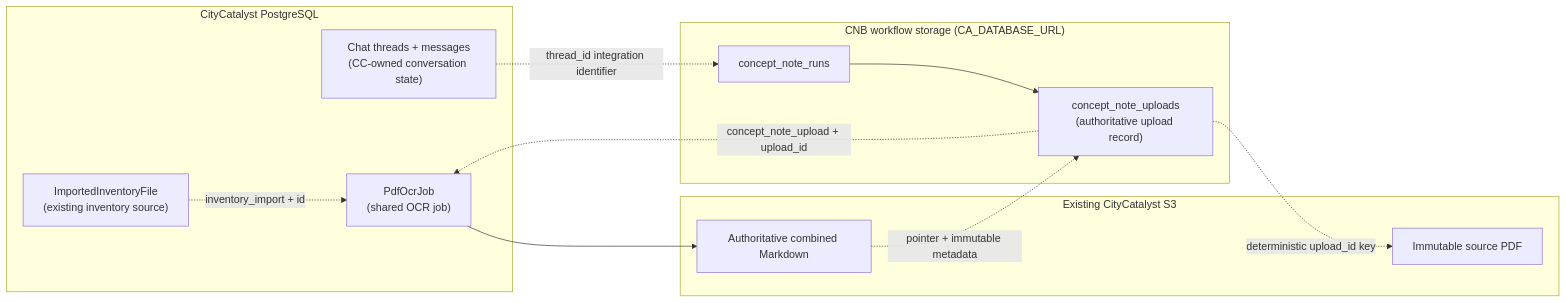
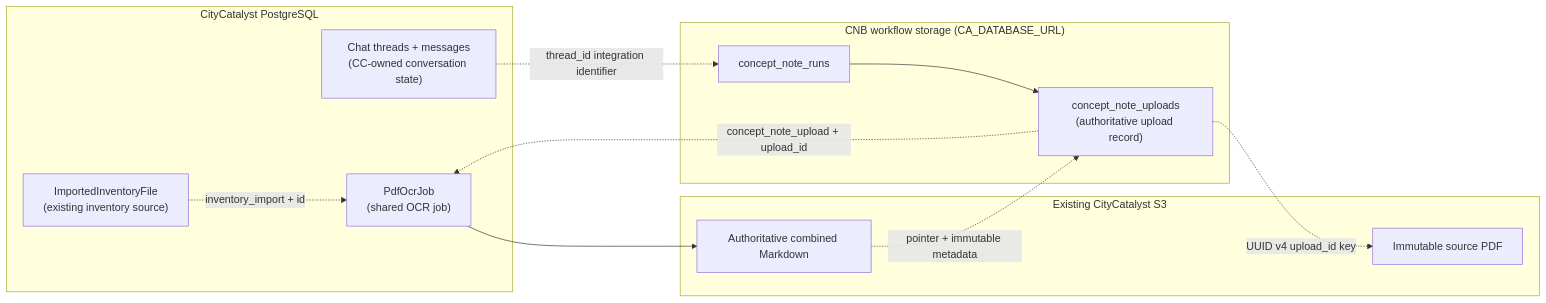
One commit to Open-Earth-Foundation/CityCatalyst changed the third of 14 diagrams in docs/ConceptNoteBuilderArchitecture.md. Above: the diagram before and after it, drawn with Mermaid. The commit also changed other lines of this file and 7 other files, not shown here.

````diff
--- a/docs/ConceptNoteBuilderArchitecture.md
+++ b/docs/ConceptNoteBuilderArchitecture.md
@@ -239,26 +239,26 @@
 ```mermaid
 flowchart LR
     subgraph CCDB["CityCatalyst PostgreSQL"]
         Inventory["ImportedInventoryFile<br/>(existing inventory source)"]
         Chat["Chat threads + messages<br/>(CC-owned conversation state)"]
         OCR["PdfOcrJob<br/>(shared OCR job)"]
     end
 
     subgraph CCS3["Existing CityCatalyst S3"]
         Source["Immutable source PDF"]
         Markdown["Authoritative combined Markdown"]
     end
 
     subgraph CNBDB["CNB workflow storage (CA_DATABASE_URL)"]
         Run["concept_note_runs"]
         Upload["concept_note_uploads<br/>(authoritative upload record)"]
     end
 
     Inventory -.->|"inventory_import + id"| OCR
     Upload -.->|"concept_note_upload + upload_id"| OCR
-    Upload -.->|"deterministic upload_id key"| Source
+    Upload -.->|"UUID v4 upload_id key"| Source
     OCR --> Markdown
     Chat -.->|"thread_id integration identifier"| Run
     Run --> Upload
     Markdown -.->|"pointer + immutable metadata"| Upload
 ```
````
